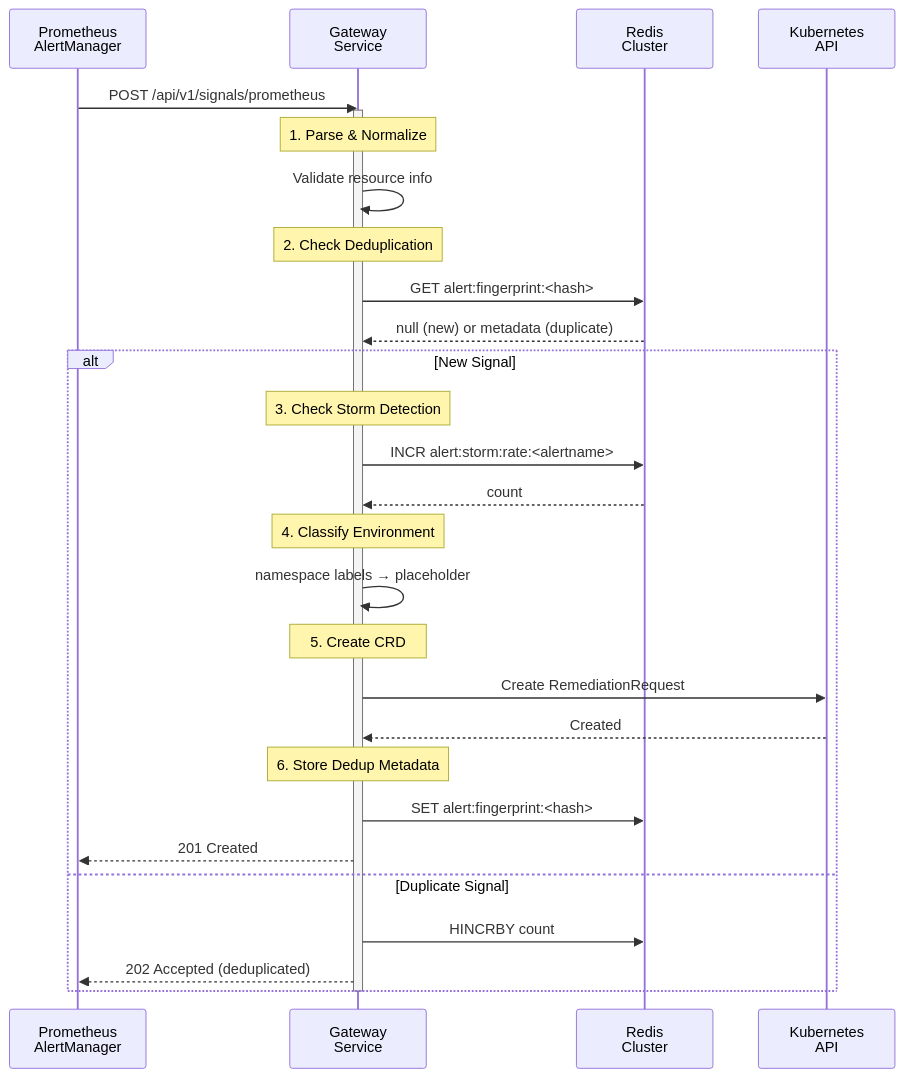
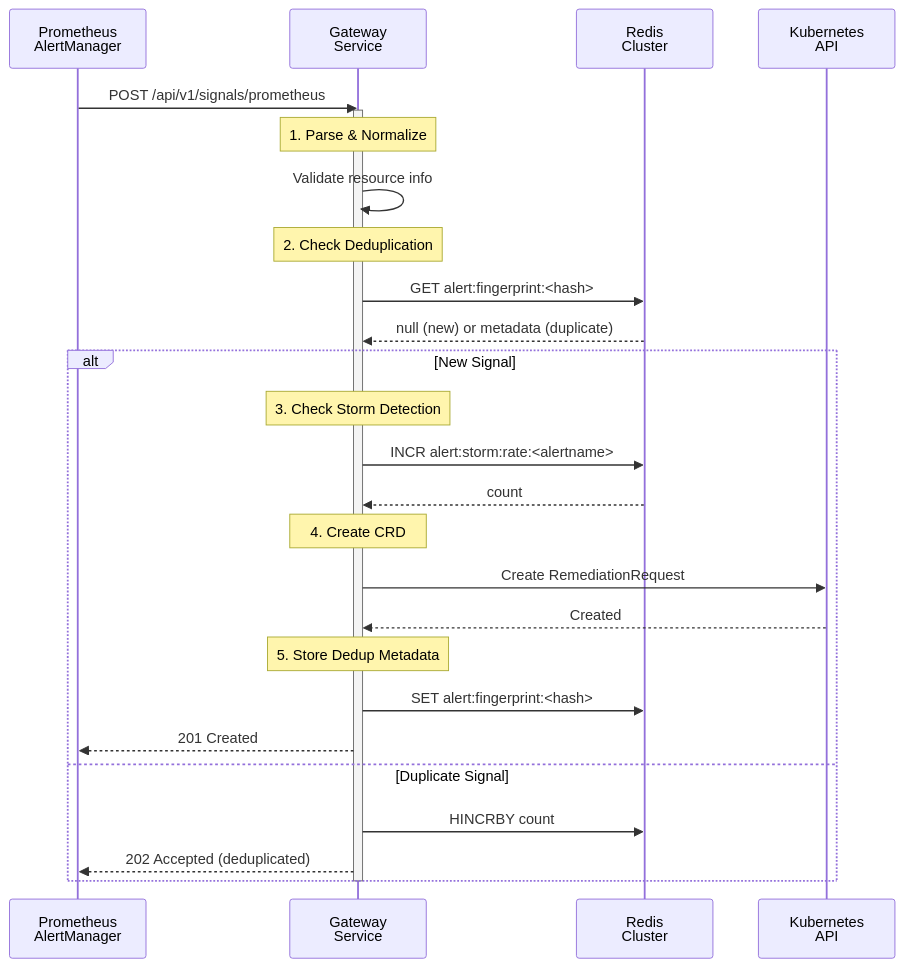
One commit to jordigilh/kubernaut changed the second of 3 diagrams in docs/services/stateless/gateway-service/overview.md. Above: the diagram before and after it, drawn with Mermaid. The commit also changed other lines of this file and 218 other files, not shown here.

````diff
--- a/docs/services/stateless/gateway-service/overview.md
+++ b/docs/services/stateless/gateway-service/overview.md
@@ -168,40 +174,37 @@
 ```mermaid
 sequenceDiagram
     participant PM as Prometheus<br/>AlertManager
     participant GW as Gateway<br/>Service
     participant Redis as Redis<br/>Cluster
     participant K8S as Kubernetes<br/>API
 
     PM->>GW: POST /api/v1/signals/prometheus
     activate GW
 
     Note over GW: 1. Parse & Normalize
     GW->>GW: Validate resource info
 
     Note over GW: 2. Check Deduplication
     GW->>Redis: GET alert:fingerprint:<hash>
     Redis-->>GW: null (new) or metadata (duplicate)
 
     alt New Signal
         Note over GW: 3. Check Storm Detection
         GW->>Redis: INCR alert:storm:rate:<alertname>
         Redis-->>GW: count
 
-        Note over GW: 4. Classify Environment
-        GW->>GW: namespace labels → placeholder
-
-        Note over GW: 5. Create CRD
+        Note over GW: 4. Create CRD
         GW->>K8S: Create RemediationRequest
         K8S-->>GW: Created
 
-        Note over GW: 6. Store Dedup Metadata
+        Note over GW: 5. Store Dedup Metadata
         GW->>Redis: SET alert:fingerprint:<hash>
 
         GW-->>PM: 201 Created
     else Duplicate Signal
         GW->>Redis: HINCRBY count
         GW-->>PM: 202 Accepted (deduplicated)
     end
 
     deactivate GW
 ```
````
